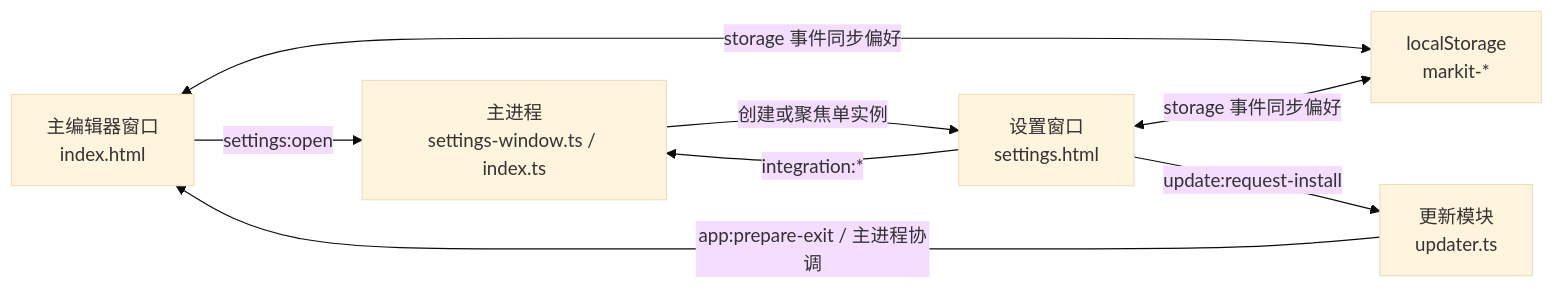
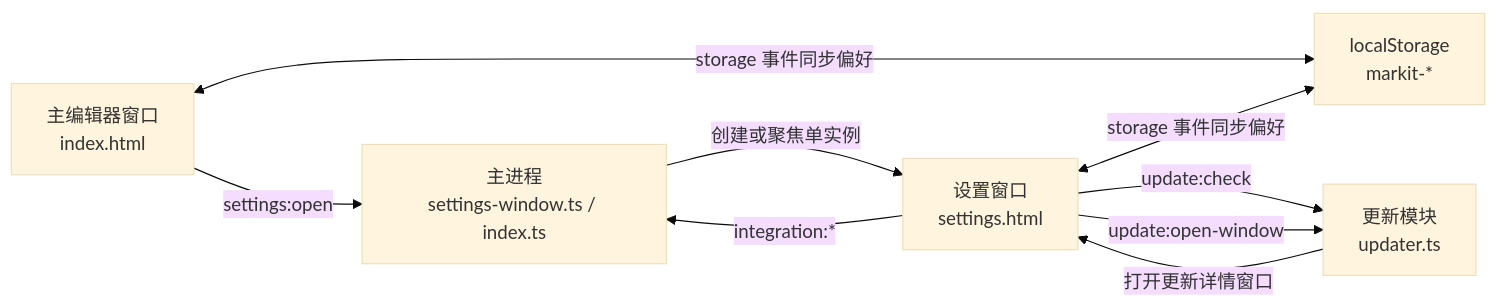
Before and after one commit to Harley-xk/mark-it: the first of 2 diagrams in docs/独立设置窗口.md, drawn with Mermaid (base theme). The commit also changed other lines of this file and 22 other files, not shown here.

````diff
--- a/docs/独立设置窗口.md
+++ b/docs/独立设置窗口.md
@@ -52,16 +52,17 @@
 ```mermaid
 flowchart LR
   MW["主编辑器窗口<br/>index.html"]
   SW["设置窗口<br/>settings.html"]
   M["主进程<br/>settings-window.ts / index.ts"]
   UP["更新模块<br/>updater.ts"]
   LS["localStorage<br/>markit-*"]
 
   MW -->|"settings:open"| M
   M -->|"创建或聚焦单实例"| SW
   MW <-->|"storage 事件同步偏好"| LS
   SW <-->|"storage 事件同步偏好"| LS
   SW -->|"integration:*"| M
-  SW -->|"update:request-install"| UP
-  UP -->|"app:prepare-exit / 主进程协调"| MW
+  SW -->|"update:check"| UP
+  SW -->|"update:open-window"| UP
+  UP -->|"打开更新详情窗口"| SW
 ```
````
